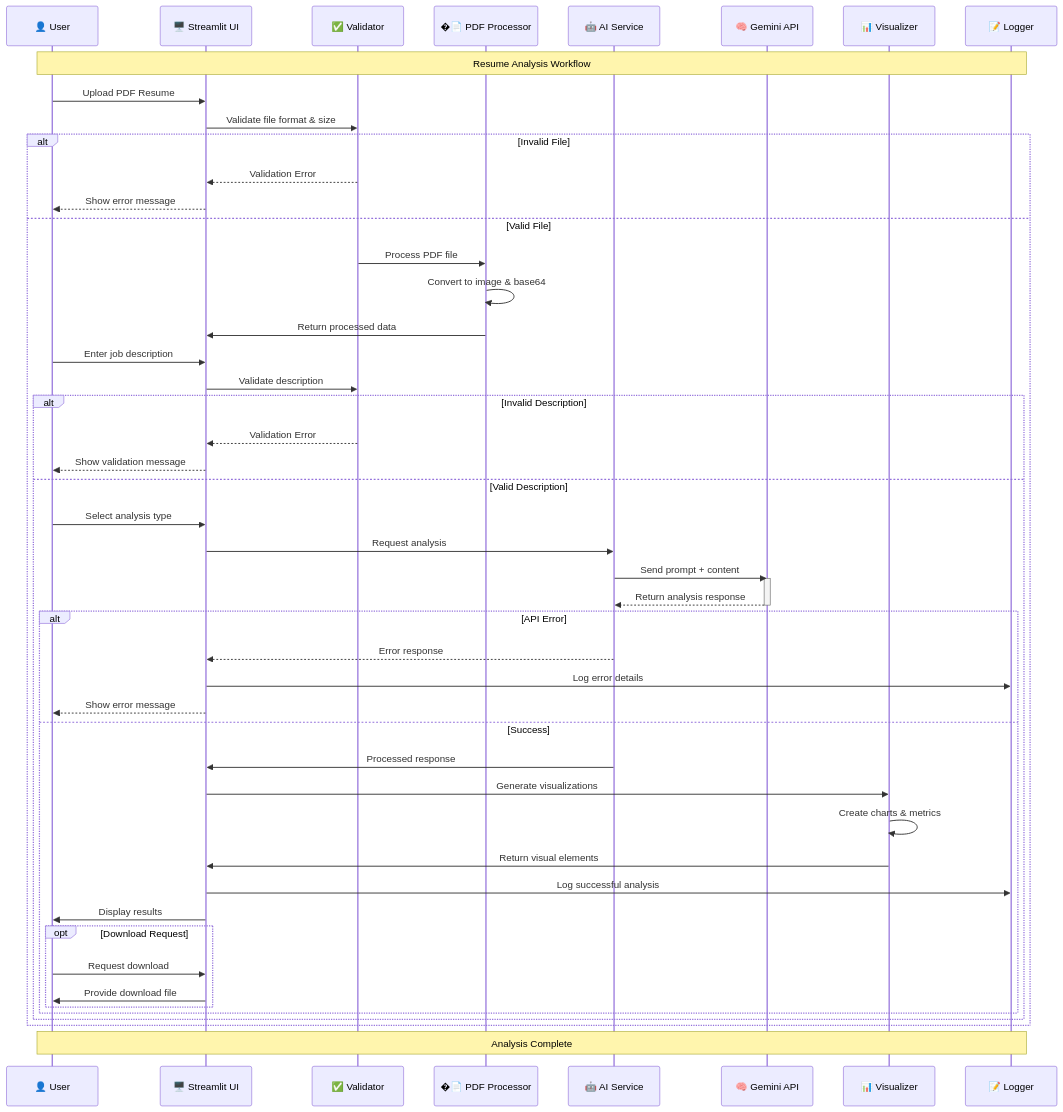
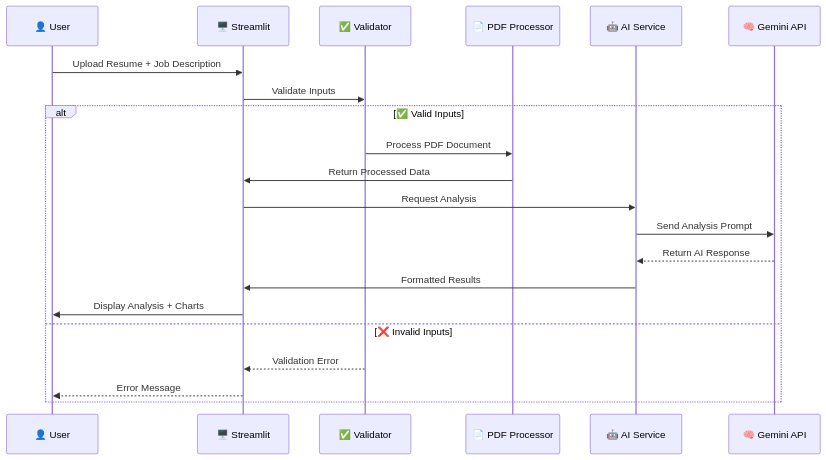
The third of 3 diagrams in README.md (ivocreates/Technical-ATS-Resume-Expert), drawn with Mermaid before and after one commit. The commit also changed other lines of this file, not shown here.

Commit message:
docs: optimize README with improved tech details, diagrams, and portfolio link

````diff
--- a/README.md
+++ b/README.md
@@ -548,62 +174,25 @@
 ```mermaid
 sequenceDiagram
     participant U as 👤 User
-    participant UI as 🖥️ Streamlit UI
+    participant ST as 🖥️ Streamlit
     participant V as ✅ Validator
-    participant PP as �📄 PDF Processor
+    participant PDF as 📄 PDF Processor
     participant AI as 🤖 AI Service
     participant GM as 🧠 Gemini API
-    participant VZ as 📊 Visualizer
-    participant LG as 📝 Logger
     
-    Note over U,LG: Resume Analysis Workflow
+    U->>ST: Upload Resume + Job Description
+    ST->>V: Validate Inputs
     
-    U->>UI: Upload PDF Resume
-    UI->>V: Validate file format & size
-    
-    alt Invalid File
-        V-->>UI: Validation Error
-        UI-->>U: Show error message
-    else Valid File
-        V->>PP: Process PDF file
-        PP->>PP: Convert to image & base64
-        PP->>UI: Return processed data
-        
-        U->>UI: Enter job description
-        UI->>V: Validate description
-        
-        alt Invalid Description
-            V-->>UI: Validation Error
-            UI-->>U: Show validation message
-        else Valid Description
-            U->>UI: Select analysis type
-            UI->>AI: Request analysis
-            
-            AI->>GM: Send prompt + content
-            activate GM
-            GM-->>AI: Return analysis response
-            deactivate GM
-            
-            alt API Error
-                AI-->>UI: Error response
-                UI->>LG: Log error details
-                UI-->>U: Show error message
-            else Success
-                AI->>UI: Processed response
-                UI->>VZ: Generate visualizations
-                VZ->>VZ: Create charts & metrics
-                VZ->>UI: Return visual elements
-                
-                UI->>LG: Log successful analysis
-                UI->>U: Display results
-                
-                opt Download Request
-                    U->>UI: Request download
-                    UI->>U: Provide download file
-                end
-            end
-        end
+    alt ✅ Valid Inputs
+        V->>PDF: Process PDF Document
+        PDF->>ST: Return Processed Data
+        ST->>AI: Request Analysis
+        AI->>GM: Send Analysis Prompt
+        GM-->>AI: Return AI Response
+        AI->>ST: Formatted Results
+        ST->>U: Display Analysis + Charts
+    else ❌ Invalid Inputs
+        V-->>ST: Validation Error
+        ST-->>U: Error Message
     end
-    
-    Note over U,LG: Analysis Complete
 ```
````
